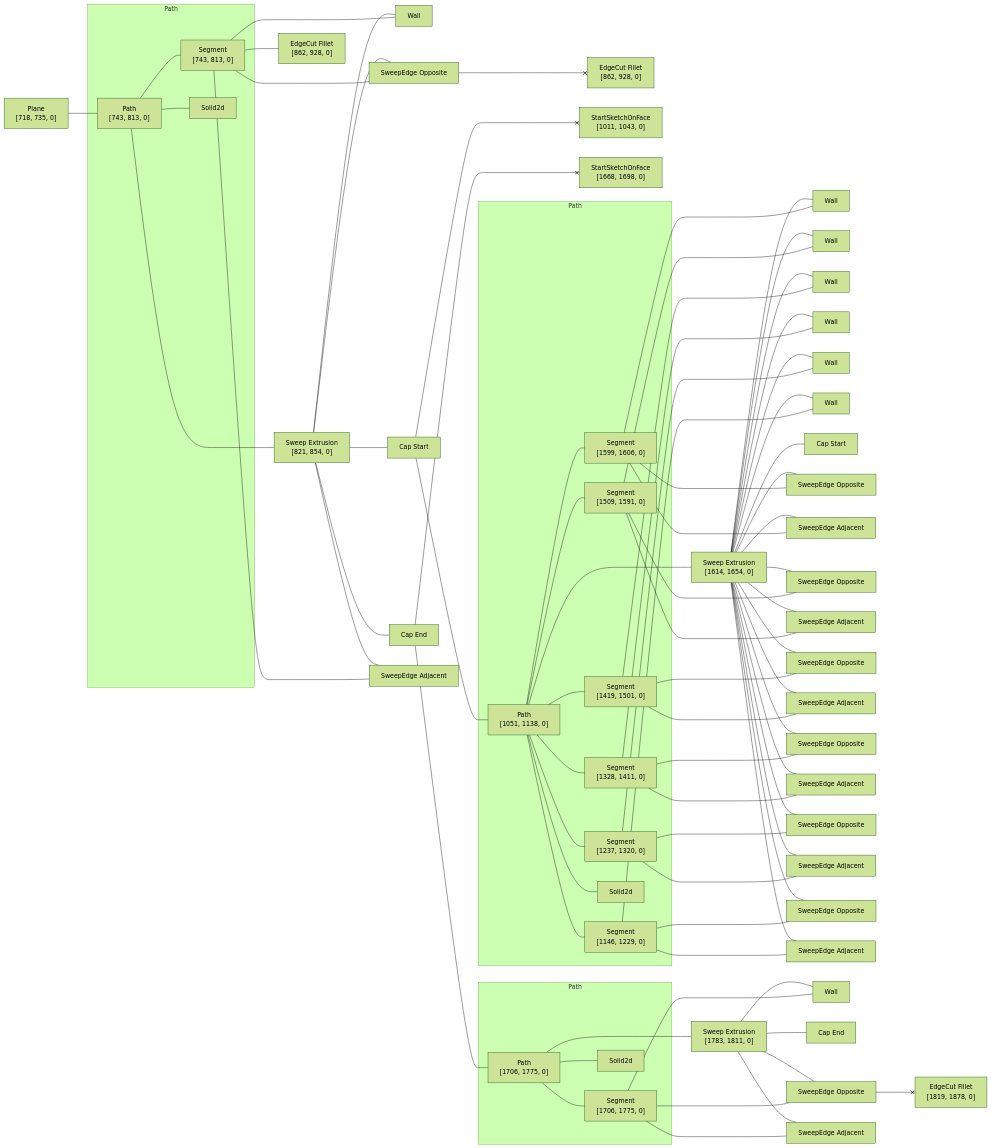
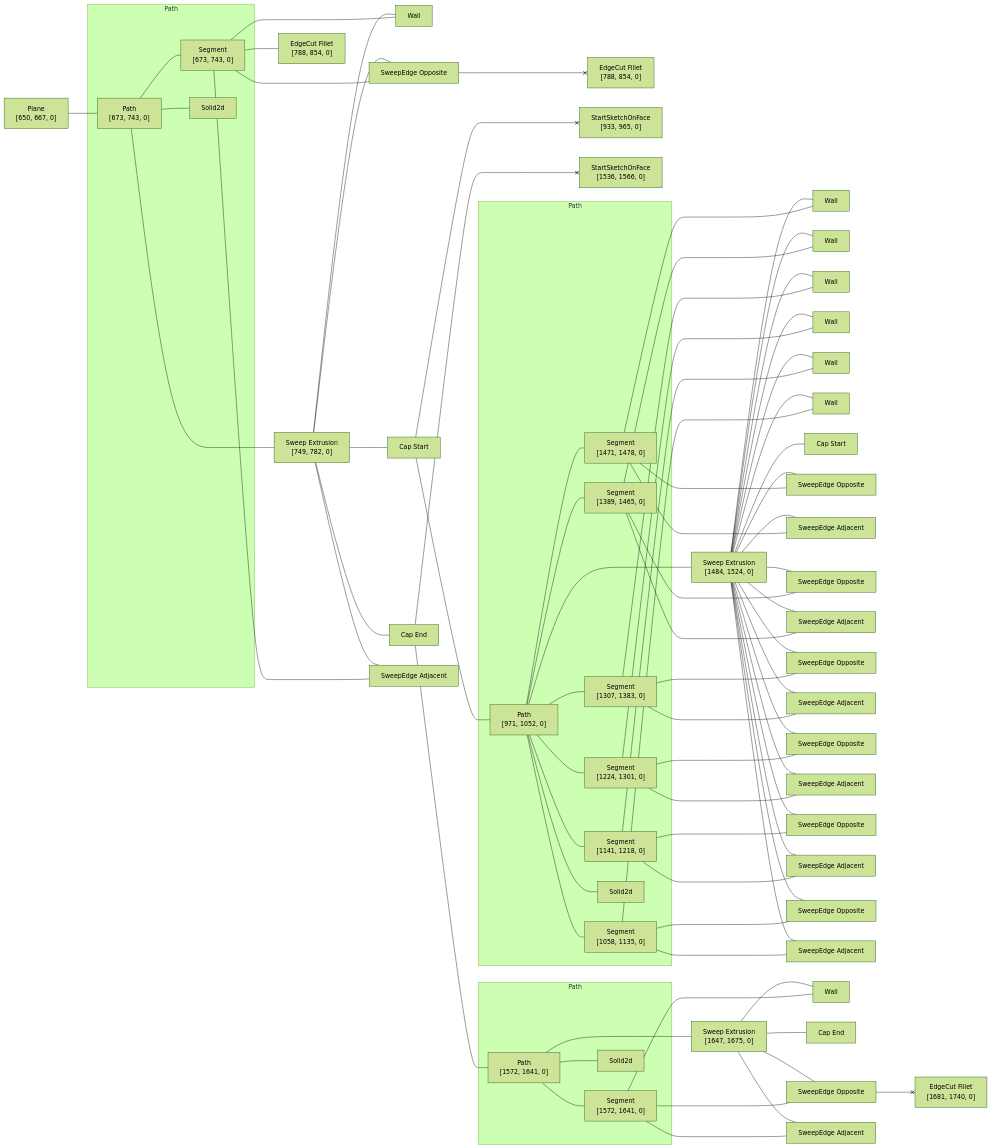
The diagram in rust/kcl-lib/tests/kcl_samples/socket-head-cap-screw/artifact_graph_flowchart.snap.md (KittyCAD/modeling-app), drawn with Mermaid (forest theme) before and after one commit. The commit also changed 122 other files, not shown here.

````diff
--- a/rust/kcl-lib/tests/kcl_samples/socket-head-cap-screw/artifact_graph_flowchart.snap.md
+++ b/rust/kcl-lib/tests/kcl_samples/socket-head-cap-screw/artifact_graph_flowchart.snap.md
@@ -1,35 +1,35 @@
 ```mermaid
 flowchart LR
   subgraph path2 [Path]
-    2["Path<br>[743, 813, 0]"]
-    3["Segment<br>[743, 813, 0]"]
+    2["Path<br>[673, 743, 0]"]
+    3["Segment<br>[673, 743, 0]"]
     4[Solid2d]
   end
   subgraph path13 [Path]
-    13["Path<br>[1051, 1138, 0]"]
-    14["Segment<br>[1146, 1229, 0]"]
-    15["Segment<br>[1237, 1320, 0]"]
-    16["Segment<br>[1328, 1411, 0]"]
-    17["Segment<br>[1419, 1501, 0]"]
-    18["Segment<br>[1509, 1591, 0]"]
-    19["Segment<br>[1599, 1606, 0]"]
+    13["Path<br>[971, 1052, 0]"]
+    14["Segment<br>[1058, 1135, 0]"]
+    15["Segment<br>[1141, 1218, 0]"]
+    16["Segment<br>[1224, 1301, 0]"]
+    17["Segment<br>[1307, 1383, 0]"]
+    18["Segment<br>[1389, 1465, 0]"]
+    19["Segment<br>[1471, 1478, 0]"]
     20[Solid2d]
   end
   subgraph path41 [Path]
-    41["Path<br>[1706, 1775, 0]"]
-    42["Segment<br>[1706, 1775, 0]"]
+    41["Path<br>[1572, 1641, 0]"]
+    42["Segment<br>[1572, 1641, 0]"]
     43[Solid2d]
   end
-  1["Plane<br>[718, 735, 0]"]
-  5["Sweep Extrusion<br>[821, 854, 0]"]
+  1["Plane<br>[650, 667, 0]"]
+  5["Sweep Extrusion<br>[749, 782, 0]"]
   6[Wall]
   7["Cap Start"]
   8["Cap End"]
   9["SweepEdge Opposite"]
   10["SweepEdge Adjacent"]
-  11["EdgeCut Fillet<br>[862, 928, 0]"]
-  12["EdgeCut Fillet<br>[862, 928, 0]"]
-  21["Sweep Extrusion<br>[1614, 1654, 0]"]
+  11["EdgeCut Fillet<br>[788, 854, 0]"]
+  12["EdgeCut Fillet<br>[788, 854, 0]"]
+  21["Sweep Extrusion<br>[1484, 1524, 0]"]
   22[Wall]
   23[Wall]
   24[Wall]
@@ -49,14 +49,14 @@
   38["SweepEdge Adjacent"]
   39["SweepEdge Opposite"]
   40["SweepEdge Adjacent"]
-  44["Sweep Extrusion<br>[1783, 1811, 0]"]
+  44["Sweep Extrusion<br>[1647, 1675, 0]"]
   45[Wall]
   46["Cap End"]
   47["SweepEdge Opposite"]
   48["SweepEdge Adjacent"]
-  49["EdgeCut Fillet<br>[1819, 1878, 0]"]
-  50["StartSketchOnFace<br>[1011, 1043, 0]"]
-  51["StartSketchOnFace<br>[1668, 1698, 0]"]
+  49["EdgeCut Fillet<br>[1681, 1740, 0]"]
+  50["StartSketchOnFace<br>[933, 965, 0]"]
+  51["StartSketchOnFace<br>[1536, 1566, 0]"]
   1 --- 2
   2 --- 3
   2 ---- 5
````
